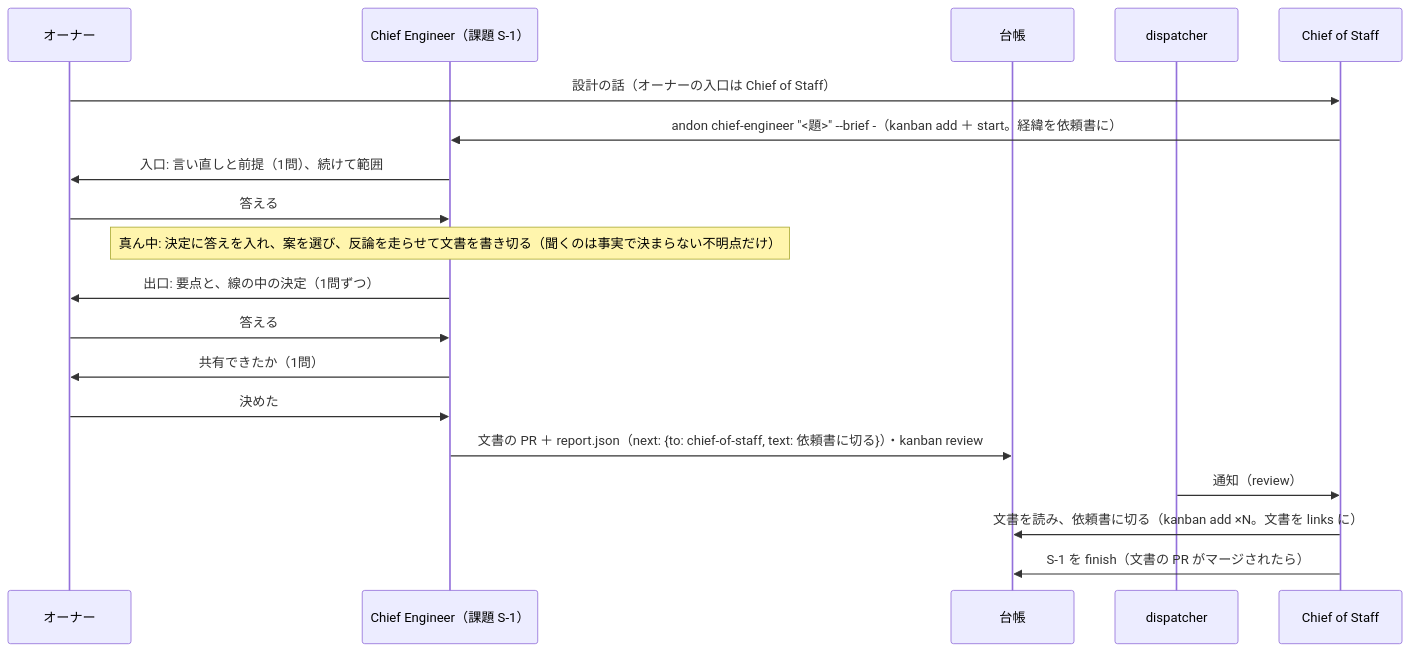
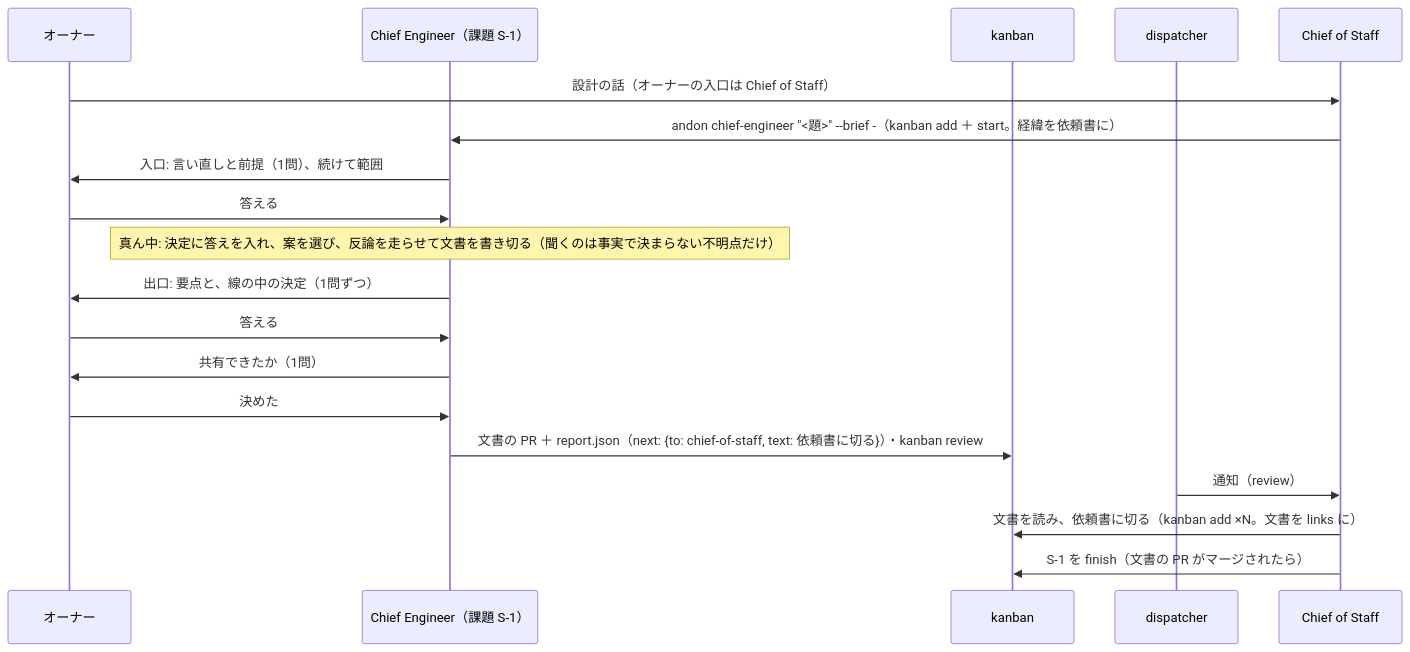
The third of 3 diagrams in docs/design.md (mitaku/andon), drawn with Mermaid before and after one commit. The commit also changed other lines of this file and 2 other files, not shown here.

First line of the commit message:
docs/design.md の「台帳」「ゲート」「版」を kanban・gate・バージョンに替え、語の検査の範囲に足す (#394)

````diff
--- a/docs/design.md
+++ b/docs/design.md
@@ -290,21 +290,21 @@
 ```mermaid
 sequenceDiagram
   participant H as オーナー
   participant CE as Chief Engineer（課題 S-1）
-  participant L as 台帳
+  participant L as kanban
   participant K as dispatcher
   participant C as Chief of Staff
   H->>C: 設計の話（オーナーの入口は Chief of Staff）
   C->>CE: andon chief-engineer "<題>" --brief -（kanban add ＋ start。経緯を依頼書に）
   CE->>H: 入口: 言い直しと前提（1問）、続けて範囲
   H->>CE: 答える
   Note over CE: 真ん中: 決定に答えを入れ、案を選び、反論を走らせて文書を書き切る（聞くのは事実で決まらない不明点だけ）
   CE->>H: 出口: 要点と、線の中の決定（1問ずつ）
   H->>CE: 答える
   CE->>H: 共有できたか（1問）
   H->>CE: 決めた
   CE->>L: 文書の PR ＋ report.json（next: {to: chief-of-staff, text: 依頼書に切る}）・kanban review
   K->>C: 通知（review）
   C->>L: 文書を読み、依頼書に切る（kanban add ×N。文書を links に）
   C->>L: S-1 を finish（文書の PR がマージされたら）
 ```
````
